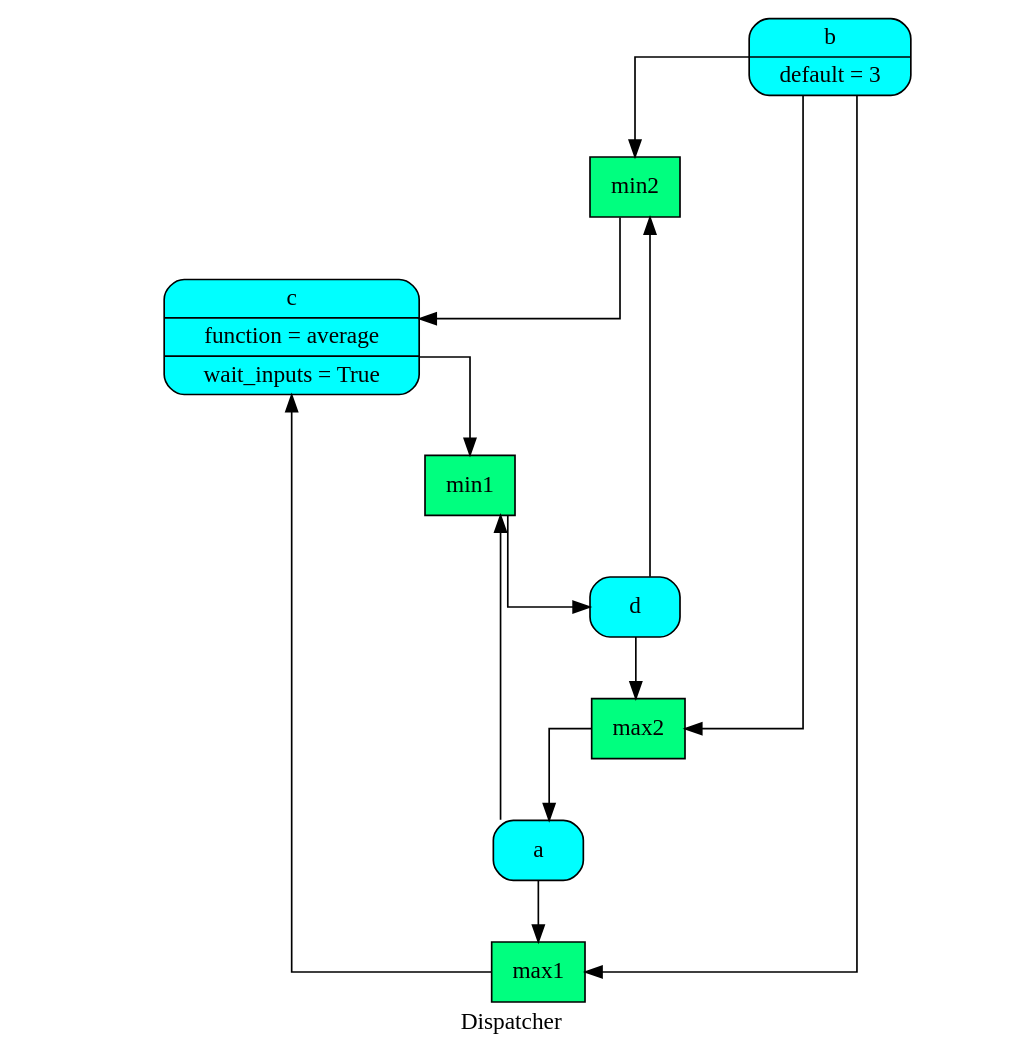
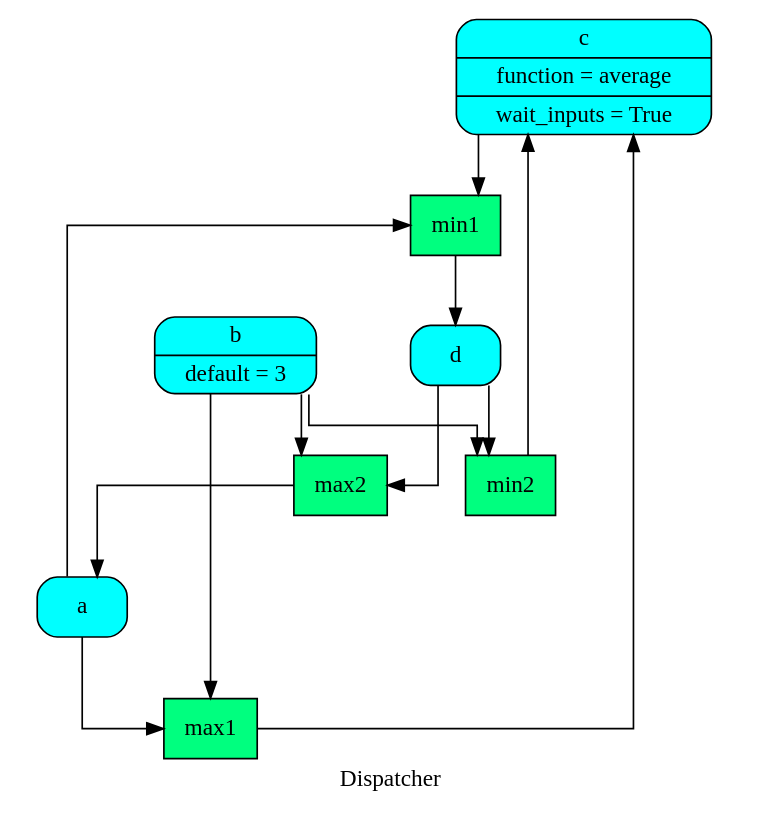
Before and after one commit to vinci1it2000/schedula: the diagram in doc/source/dispatcher/__init__/remove_cycles/dsp.dot, drawn with Graphviz. The commit also changed 23 other files, not shown here.

```diff
--- a/doc/source/dispatcher/__init__/remove_cycles/dsp.dot
+++ b/doc/source/dispatcher/__init__/remove_cycles/dsp.dot
@@ -1,26 +1,26 @@
 digraph Dispatcher {
 	graph [ratio=1]
 	node [style=filled]
 	splines = ortho
 	label = "Dispatcher"
-		Dispatcher_7107529714572396099 [label="{ min2  }" fillcolor=springgreen shape=record]
-		Dispatcher_8642698689935103924 [label="{ c | function = average | wait_inputs = True }" fillcolor=cyan shape=Mrecord]
-		Dispatcher_4365437138539885285 [label="{ min1  }" fillcolor=springgreen shape=record]
-		Dispatcher_4091537378154039687 [label="{ b | default = 3 }" fillcolor=cyan shape=Mrecord]
-		"Dispatcher_-7263908729477869368" [label="{ max1  }" fillcolor=springgreen shape=record]
-		"Dispatcher_-1841214044933314468" [label="{ a  }" fillcolor=cyan shape=Mrecord]
-		Dispatcher_4338780543441293550 [label="{ max2  }" fillcolor=springgreen shape=record]
-		"Dispatcher_-4429513020801161489" [label="{ d  }" fillcolor=cyan shape=Mrecord]
-			Dispatcher_7107529714572396099 -> Dispatcher_8642698689935103924
-			Dispatcher_8642698689935103924 -> Dispatcher_4365437138539885285
-			Dispatcher_4365437138539885285 -> "Dispatcher_-4429513020801161489"
-			Dispatcher_4091537378154039687 -> "Dispatcher_-7263908729477869368"
-			Dispatcher_4091537378154039687 -> Dispatcher_7107529714572396099
-			Dispatcher_4091537378154039687 -> Dispatcher_4338780543441293550
-			"Dispatcher_-7263908729477869368" -> Dispatcher_8642698689935103924
-			"Dispatcher_-1841214044933314468" -> "Dispatcher_-7263908729477869368"
-			"Dispatcher_-1841214044933314468" -> Dispatcher_4365437138539885285
-			Dispatcher_4338780543441293550 -> "Dispatcher_-1841214044933314468"
-			"Dispatcher_-4429513020801161489" -> Dispatcher_7107529714572396099
-			"Dispatcher_-4429513020801161489" -> Dispatcher_4338780543441293550
+		"Dispatcher_-8069443800989944208" [label="{ c | function = average | wait_inputs = True }" fillcolor=cyan shape=Mrecord]
+		Dispatcher_6060718009946247425 [label="{ min1  }" fillcolor=springgreen shape=record]
+		"Dispatcher_-4868960230063457645" [label="{ b | default = 3 }" fillcolor=cyan shape=Mrecord]
+		"Dispatcher_-6154672520566587020" [label="{ a  }" fillcolor=cyan shape=Mrecord]
+		Dispatcher_8292886482098159717 [label="{ d  }" fillcolor=cyan shape=Mrecord]
+		Dispatcher_8789202094205887736 [label="{ max1  }" fillcolor=springgreen shape=record]
+		"Dispatcher_-8544595555313545004" [label="{ min2  }" fillcolor=springgreen shape=record]
+		"Dispatcher_-5846290360496699152" [label="{ max2  }" fillcolor=springgreen shape=record]
+			"Dispatcher_-8069443800989944208" -> Dispatcher_6060718009946247425
+			Dispatcher_6060718009946247425 -> Dispatcher_8292886482098159717
+			"Dispatcher_-4868960230063457645" -> Dispatcher_8789202094205887736
+			"Dispatcher_-4868960230063457645" -> "Dispatcher_-5846290360496699152"
+			"Dispatcher_-4868960230063457645" -> "Dispatcher_-8544595555313545004"
+			"Dispatcher_-6154672520566587020" -> Dispatcher_8789202094205887736
+			"Dispatcher_-6154672520566587020" -> Dispatcher_6060718009946247425
+			Dispatcher_8292886482098159717 -> "Dispatcher_-5846290360496699152"
+			Dispatcher_8292886482098159717 -> "Dispatcher_-8544595555313545004"
+			Dispatcher_8789202094205887736 -> "Dispatcher_-8069443800989944208"
+			"Dispatcher_-8544595555313545004" -> "Dispatcher_-8069443800989944208"
+			"Dispatcher_-5846290360496699152" -> "Dispatcher_-6154672520566587020"
 }
```
